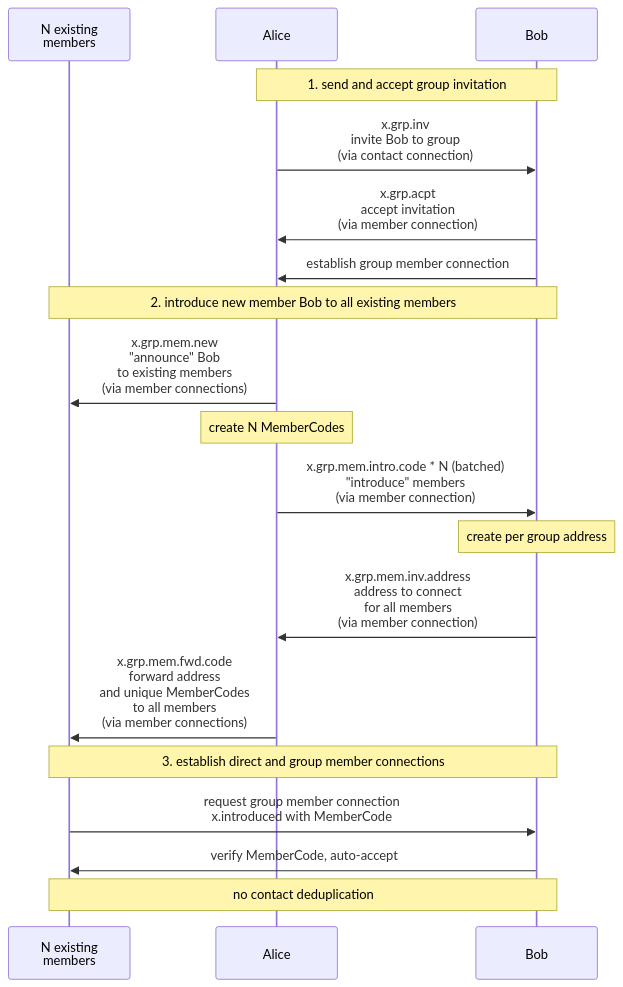
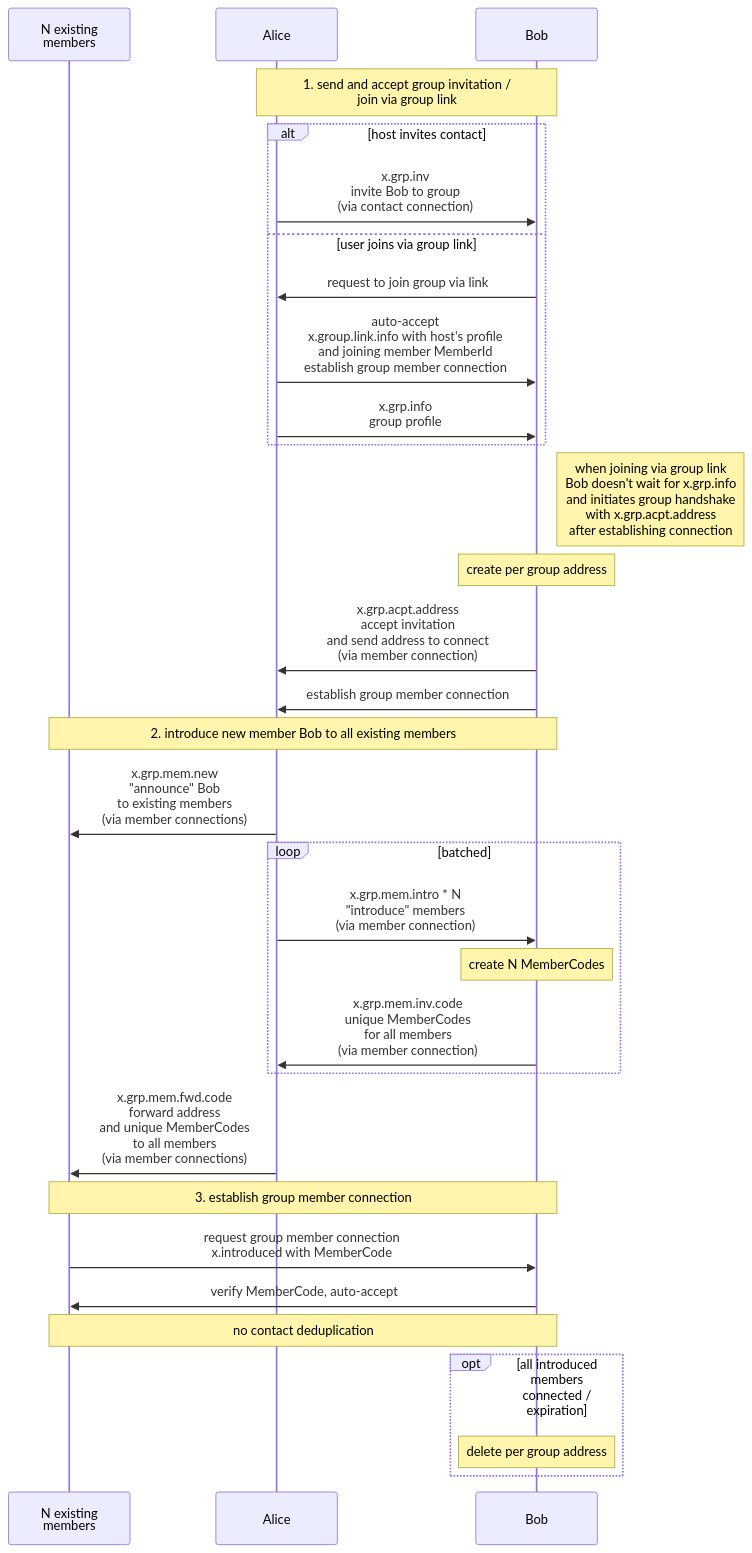
The diagram in docs/protocol/diagrams/group-improvements.mmd (simplex-chat/simplex-chat), drawn with Mermaid before and after one commit. The commit also changed 2 other files, not shown here.

```diff
--- a/docs/protocol/diagrams/group-improvements.mmd
+++ b/docs/protocol/diagrams/group-improvements.mmd
@@ -1,23 +1,40 @@
 sequenceDiagram
   participant M as N existing<br>members
   participant A as Alice
   participant B as Bob
 
-  note over A, B: 1. send and accept group invitation
-  A ->> B: x.grp.inv<br>invite Bob to group<br>(via contact connection)
-  B ->> A: x.grp.acpt<br>accept invitation<br>(via member connection)
+  note over A, B: 1. send and accept group invitation /<br>join via group link
+  alt host invites contact
+    A ->> B: x.grp.inv<br>invite Bob to group<br>(via contact connection)
+  else user joins via group link
+    B ->> A: request to join group via link
+    A ->> B: auto-accept<br>x.group.link.info with host's profile<br>and joining member MemberId<br>establish group member connection
+    A ->> B: x.grp.info<br>group profile
+  end
+
+  note right of B: when joining via group link<br>Bob doesn't wait for x.grp.info<br>and initiates group handshake<br>with x.grp.acpt.address<br>after establishing connection
+
+  note over B: create per group address
+  B ->> A: x.grp.acpt.address<br>accept invitation<br>and send address to connect<br>(via member connection)
   B ->> A: establish group member connection
 
   note over M, B: 2. introduce new member Bob to all existing members
   A ->> M: x.grp.mem.new<br>"announce" Bob<br>to existing members<br>(via member connections)
-  note over A: create N MemberCodes
-  A ->> B: x.grp.mem.intro.code * N (batched)<br>"introduce" members<br>(via member connection)
-  note over B: create per group address
-  B ->> A: x.grp.mem.inv.address <br>address to connect<br>for all members<br>(via member connection)
+
+  loop batched
+    A ->> B: x.grp.mem.intro * N<br>"introduce" members<br>(via member connection)  
+    note over B: create N MemberCodes
+    B ->> A: x.grp.mem.inv.code<br>unique MemberCodes<br>for all members<br>(via member connection)
+  end
+
   A ->> M: x.grp.mem.fwd.code<br>forward address<br>and unique MemberCodes<br>to all members<br>(via member connections)
 
-  note over M, B: 3. establish direct and group member connections
+  note over M, B: 3. establish group member connection
   M ->> B: request group member connection<br>x.introduced with MemberCode
   B ->> M: verify MemberCode, auto-accept
 
   note over M, B: no contact deduplication
+
+  opt all introduced members connected / expiration
+    note over B: delete per group address
+  end
```
